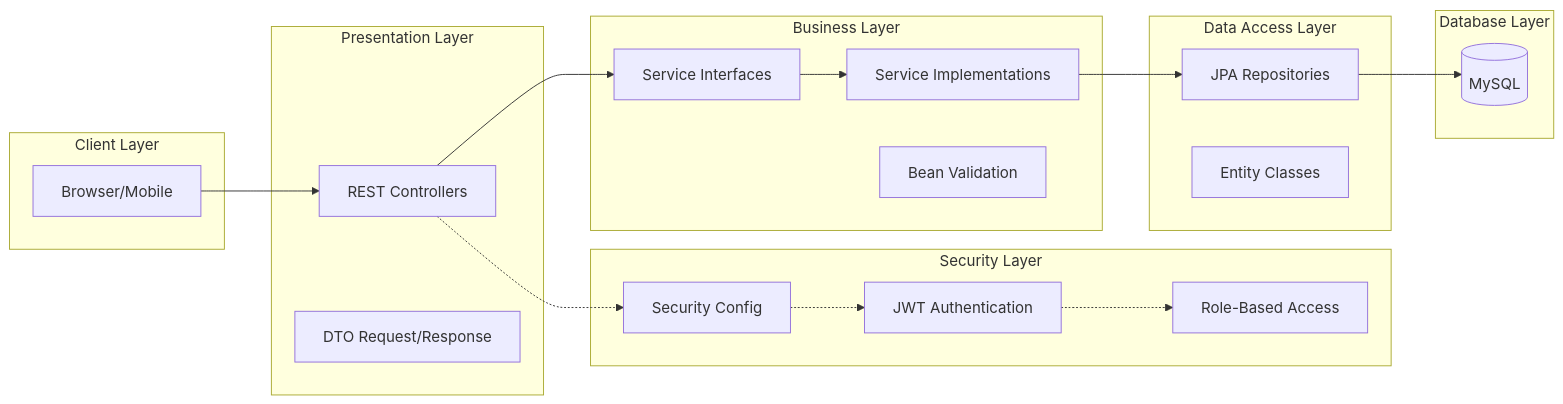
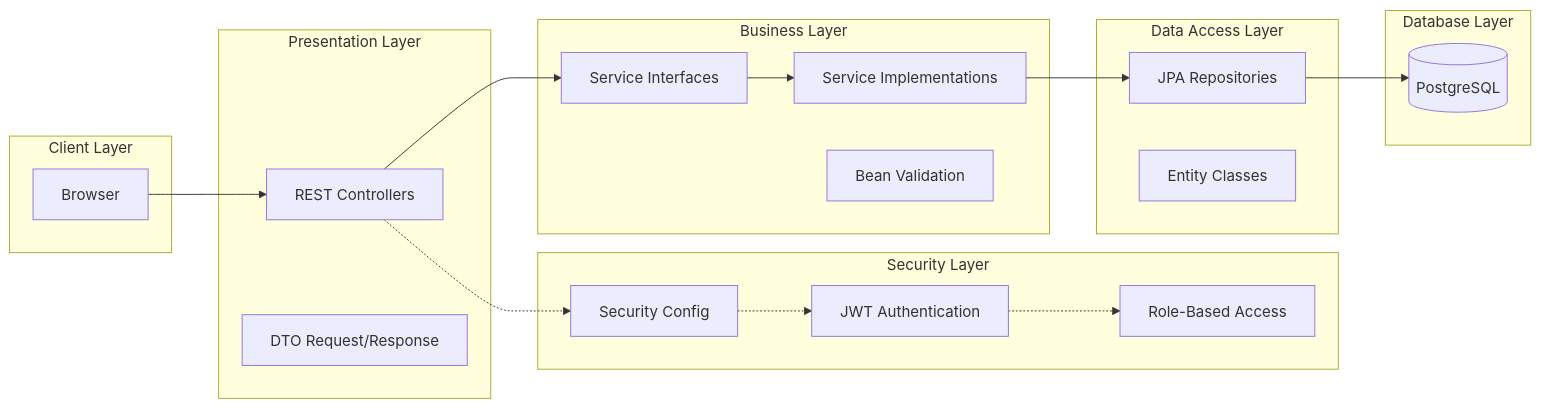
The second of 3 diagrams in docs/Architecture.md (dhanushr-dev/shopease), drawn with Mermaid before and after one commit. The commit also changed other lines of this file and 2 other files, not shown here.

Commit message:
docs: update system architecture and database schema docs for PostgreSQL/Neon

````diff
--- a/docs/Architecture.md
+++ b/docs/Architecture.md
@@ -53,41 +45,41 @@
 ```mermaid
 graph LR
     subgraph "Client Layer"
-        A[Browser/Mobile]
+        A[Browser]
     end
 
     subgraph "Presentation Layer"
         B[REST Controllers]
         C[DTO Request/Response]
     end
 
     subgraph "Business Layer"
         D[Service Interfaces]
         E[Service Implementations]
         F[Bean Validation]
     end
 
     subgraph "Security Layer"
         G[Security Config]
         H[JWT Authentication]
         I[Role-Based Access]
     end
 
     subgraph "Data Access Layer"
         J[JPA Repositories]
         K[Entity Classes]
     end
 
     subgraph "Database Layer"
-        L[(MySQL)]
+        L[("PostgreSQL")]
     end
 
     A --> B
     B --> D
     D --> E
     E --> J
     J --> L
     B -.-> G
     G -.-> H
     H -.-> I
 ```
````
